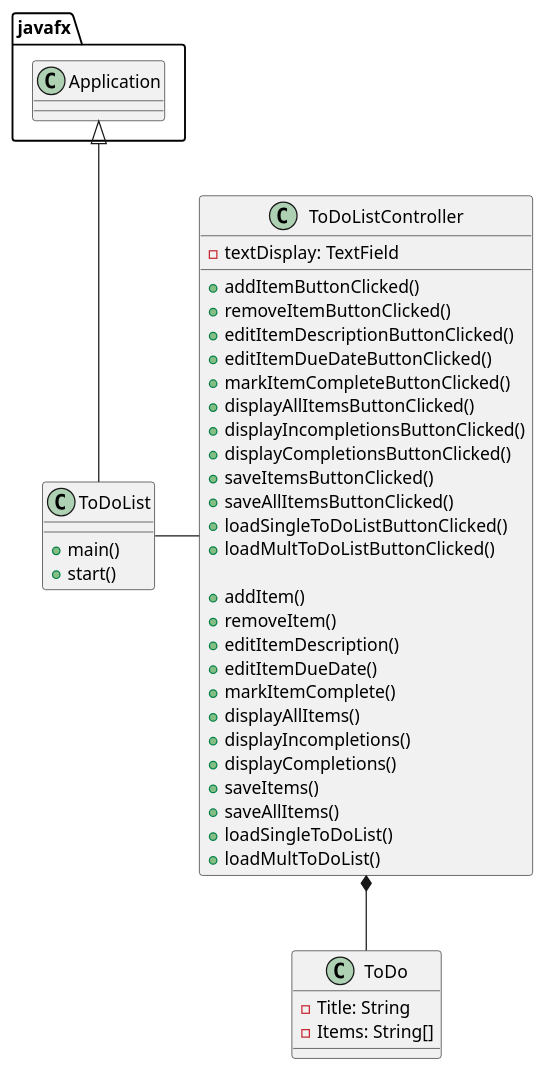
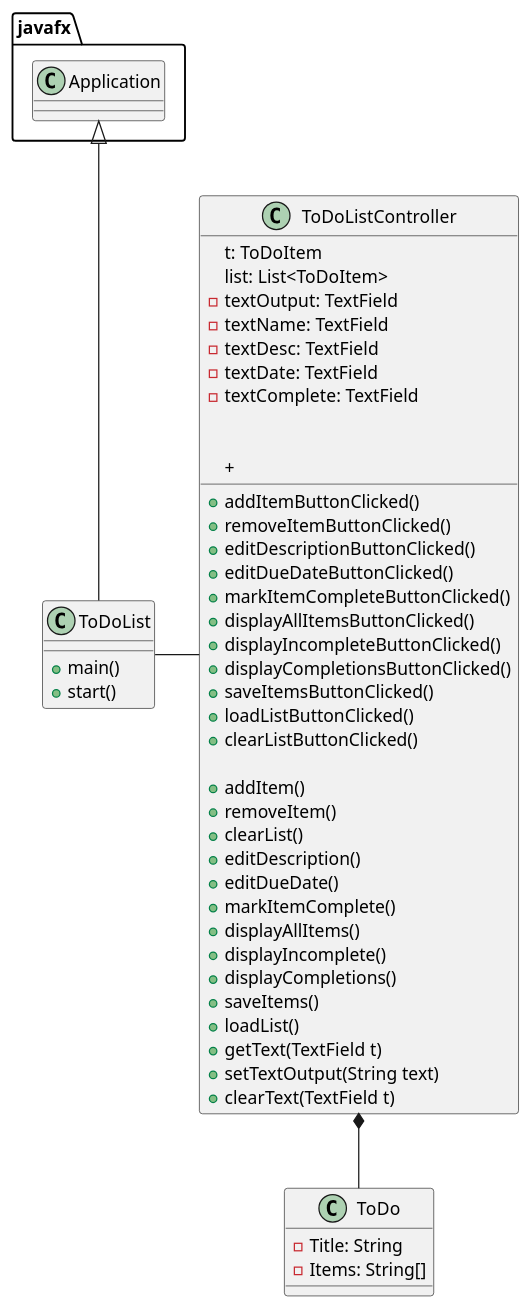
The diagram in uml/ToDoList.puml (christianklingbiel/klingbiel-cop3330-assignment4), drawn with PlantUML before and after one commit.

```diff
--- a/uml/ToDoList.puml
+++ b/uml/ToDoList.puml
@@ -1,50 +1,58 @@
 @startuml
 'https://plantuml.com/class-diagram
 
 class ToDoList {
     + main()
     + start()
 }
 
 class ToDo {
     - Title: String
     - Items: String[]
 }
 
 class ToDoListController {
-    - textDisplay: TextField
+    t: ToDoItem
+    list: List<ToDoItem>
+    - textOutput: TextField
+    - textName: TextField
+    - textDesc: TextField
+    - textDate: TextField
+    - textComplete: TextField
 
     + addItemButtonClicked()
     + removeItemButtonClicked()
-    + editItemDescriptionButtonClicked()
-    + editItemDueDateButtonClicked()
+    + editDescriptionButtonClicked()
+    + editDueDateButtonClicked()
     + markItemCompleteButtonClicked()
     + displayAllItemsButtonClicked()
-    + displayIncompletionsButtonClicked()
+    + displayIncompleteButtonClicked()
     + displayCompletionsButtonClicked()
     + saveItemsButtonClicked()
-    + saveAllItemsButtonClicked()
-    + loadSingleToDoListButtonClicked()
-    + loadMultToDoListButtonClicked()
+    + loadListButtonClicked()
+    + clearListButtonClicked()
 
     + addItem()
     + removeItem()
-    + editItemDescription()
-    + editItemDueDate()
+    + clearList()
+    + editDescription()
+    + editDueDate()
     + markItemComplete()
     + displayAllItems()
-    + displayIncompletions()
+    + displayIncomplete()
     + displayCompletions()
     + saveItems()
-    + saveAllItems()
-    + loadSingleToDoList()
-    + loadMultToDoList()
+    + loadList()
+    + getText(TextField t)
+    + setTextOutput(String text)
+    + clearText(TextField t)
+    +
 }
 
 javafx.Application <|-- ToDoList
 
 ToDoList - ToDoListController
 
 ToDoListController *-- ToDo
 
 @enduml
```
